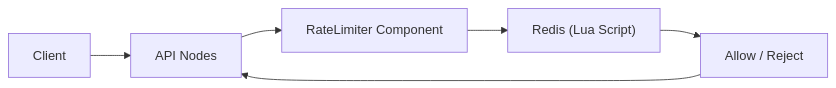
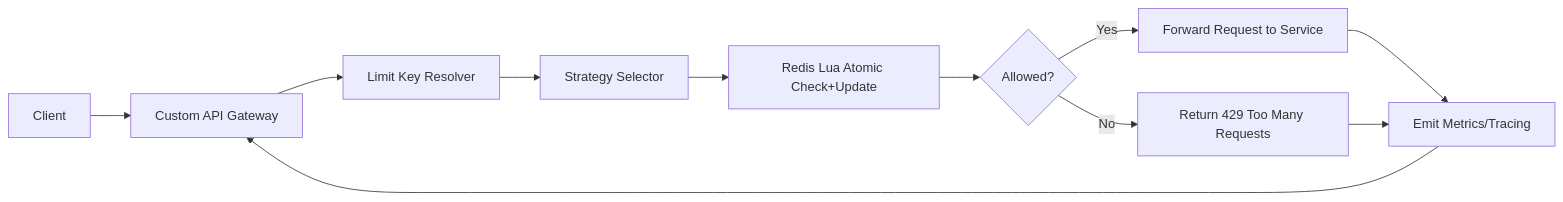
One commit to DiacencoDumitru/distributed-rate-limiter changed the diagram in README.md. Above: the diagram before and after it, drawn with Mermaid. The commit also changed other lines of this file, not shown here.

Commit message:
docs: strengthen architecture flowchart in readme

````diff
--- a/README.md
+++ b/README.md
@@ -22,8 +24,13 @@
 ```mermaid
 flowchart LR
-    Client["Client"] --> ApiNodes["API Nodes"]
-    ApiNodes --> RateLimiter["RateLimiter Component"]
-    RateLimiter --> RedisLua["Redis (Lua Script)"]
-    RedisLua --> Decision["Allow / Reject"]
-    Decision --> ApiNodes
+    Client["Client"] --> Gateway["Custom API Gateway"]
+    Gateway --> KeyResolver["Limit Key Resolver"]
+    KeyResolver --> Strategy["Strategy Selector"]
+    Strategy --> RedisLua["Redis Lua Atomic Check+Update"]
+    RedisLua --> Allowed{"Allowed?"}
+    Allowed -->|Yes| Forward["Forward Request to Service"]
+    Allowed -->|No| Reject["Return 429 Too Many Requests"]
+    Forward --> Metrics["Emit Metrics/Tracing"]
+    Reject --> Metrics
+    Metrics --> Gateway
 ```
````
